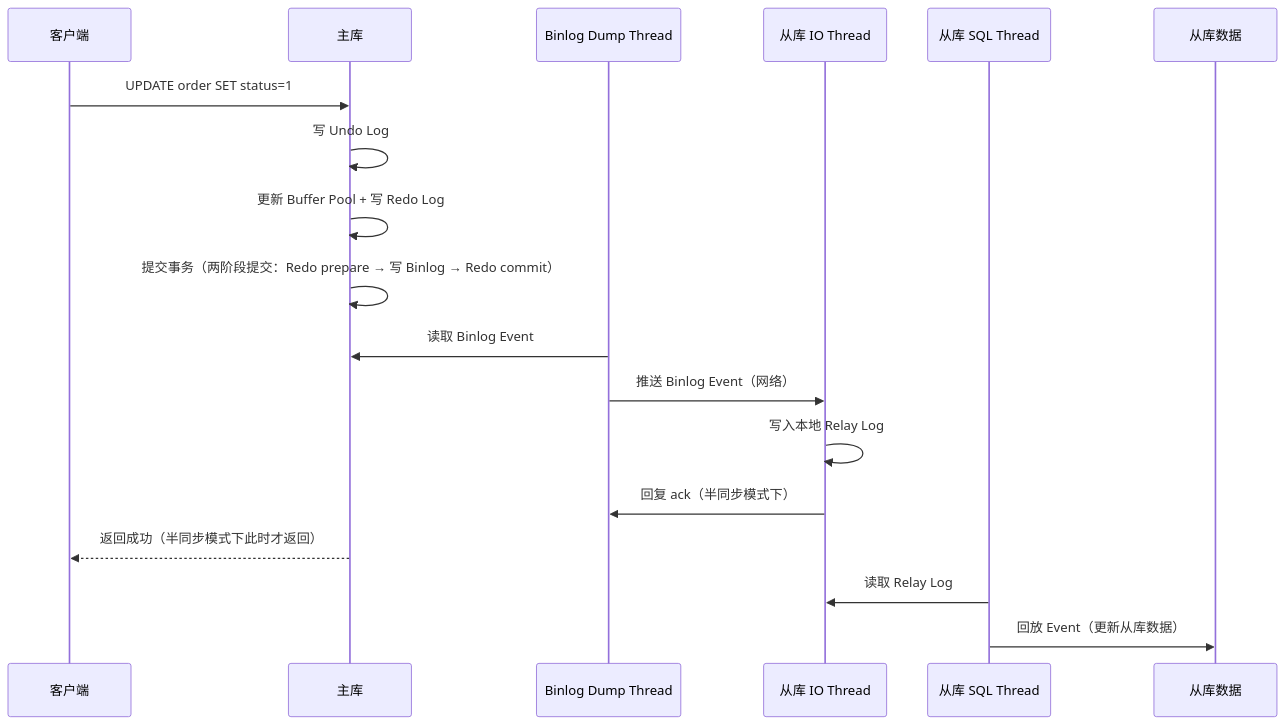
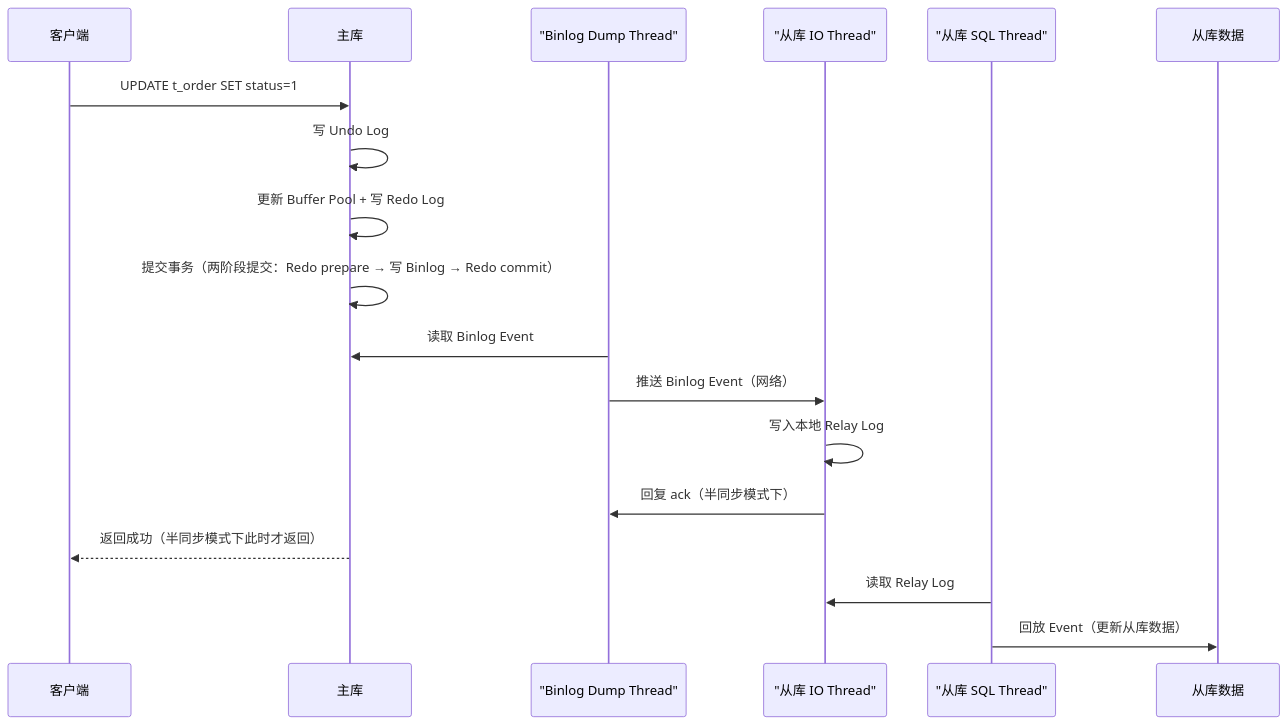
The diagram in middleware/mysql/07-architecture/ha-and-sharding.md (yintp/glory), drawn with Mermaid before and after one commit. The commit also changed other lines of this file, not shown here.

Commit message:
docs(mysql): 修复架构文档 review findings（MGR XCom 术语/mermaid 引号/相对路径/order 保留字）

````diff
--- a/middleware/mysql/07-architecture/ha-and-sharding.md
+++ b/middleware/mysql/07-architecture/ha-and-sharding.md
@@ -144,20 +144,20 @@
 ```mermaid
 sequenceDiagram
     participant Client as 客户端
     participant Master as 主库
-    participant Dump as Binlog Dump Thread
-    participant IO as 从库 IO Thread
-    participant SQL as 从库 SQL Thread
+    participant Dump as "Binlog Dump Thread"
+    participant IO as "从库 IO Thread"
+    participant SQL as "从库 SQL Thread"
     participant Slave as 从库数据
-    Client->>Master: UPDATE order SET status=1
+    Client->>Master: UPDATE t_order SET status=1
     Master->>Master: 写 Undo Log
     Master->>Master: 更新 Buffer Pool + 写 Redo Log
     Master->>Master: 提交事务（两阶段提交：Redo prepare → 写 Binlog → Redo commit）
     Dump->>Master: 读取 Binlog Event
     Dump->>IO: 推送 Binlog Event（网络）
     IO->>IO: 写入本地 Relay Log
     IO->>Dump: 回复 ack（半同步模式下）
     Master-->>Client: 返回成功（半同步模式下此时才返回）
     SQL->>IO: 读取 Relay Log
     SQL->>Slave: 回放 Event（更新从库数据）
 ```
````
